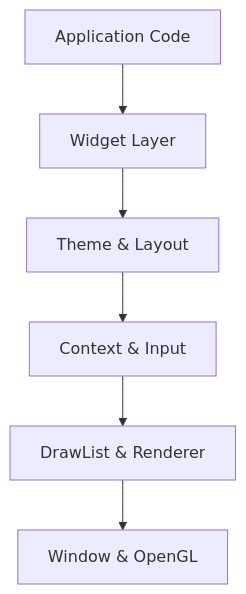
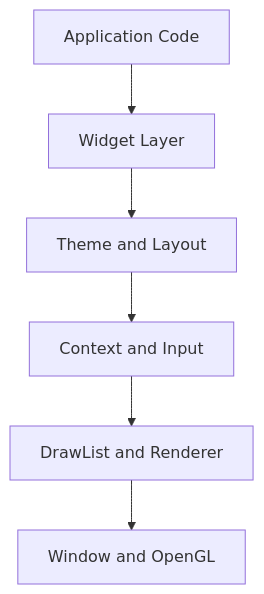
The diagram in docs/ARCHITECTURE.md (nacz0/Fastener), drawn with Mermaid before and after one commit. The commit also changed other lines of this file and 13 other files, not shown here.

````diff
--- a/docs/ARCHITECTURE.md
+++ b/docs/ARCHITECTURE.md
@@ -14,8 +14,8 @@
 ```mermaid
 graph TD
     App[Application Code] --> Widgets[Widget Layer]
-    Widgets --> UI[Theme & Layout]
-    UI --> Core[Context & Input]
-    Core --> Graphics[DrawList & Renderer]
-    Graphics --> Platform[Window & OpenGL]
+    Widgets --> UI[Theme and Layout]
+    UI --> Core[Context and Input]
+    Core --> Graphics[DrawList and Renderer]
+    Graphics --> Platform[Window and OpenGL]
 ```
````
